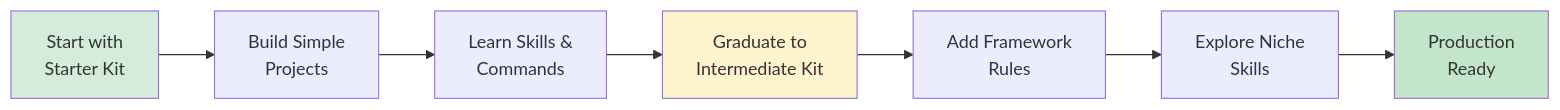
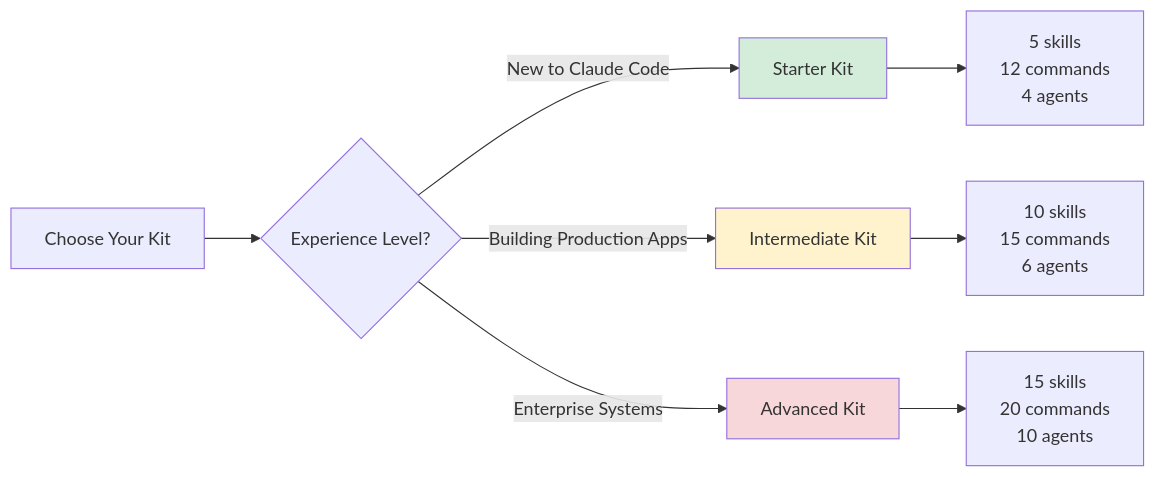
The first of 2 diagrams in README.md (Dexploarer/claudius-skills), drawn with Mermaid before and after one commit. The commit also changed other lines of this file and 22 other files, not shown here.

````diff
--- a/README.md
+++ b/README.md
@@ -490,13 +48,15 @@
 ```mermaid
 graph LR
-    A[Start with<br/>Starter Kit] --> B[Build Simple<br/>Projects]
-    B --> C[Learn Skills &<br/>Commands]
-    C --> D[Graduate to<br/>Intermediate Kit]
-    D --> E[Add Framework<br/>Rules]
-    E --> F[Explore Niche<br/>Skills]
-    F --> G[Production<br/>Ready]
+    A[Choose Your Kit] --> B{Experience Level?}
+    B -->|New to Claude Code| C[Starter Kit]
+    B -->|Building Production Apps| D[Intermediate Kit]
+    B -->|Enterprise Systems| E[Advanced Kit]
 
-    style A fill:#d4edda
+    C --> F[5 skills<br/>12 commands<br/>4 agents]
+    D --> G[10 skills<br/>15 commands<br/>6 agents]
+    E --> H[15 skills<br/>20 commands<br/>10 agents]
+
+    style C fill:#d4edda
     style D fill:#fff3cd
-    style G fill:#c3e6cb
+    style E fill:#f8d7da
 ```
````
